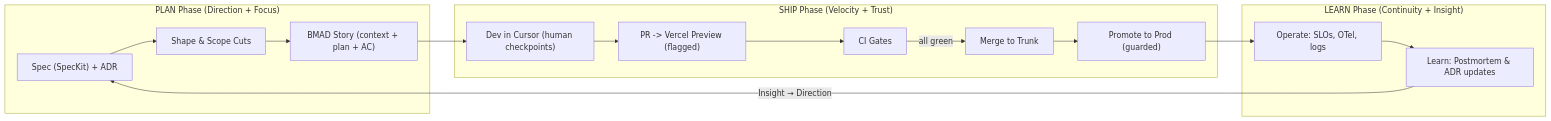
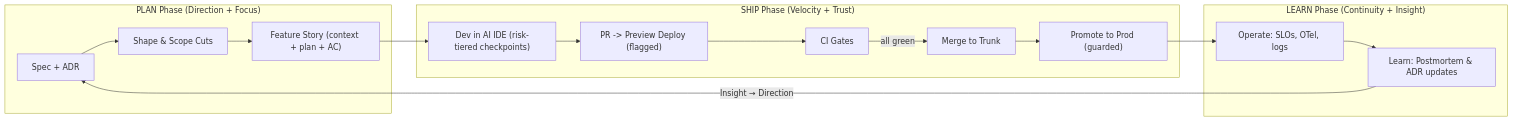
The diagram in docs/methodology/README.md (jamesryancooper/harmony), drawn with Mermaid before and after one commit. The commit also changed other lines of this file and 23 other files, not shown here.

````diff
--- a/docs/methodology/README.md
+++ b/docs/methodology/README.md
@@ -376,22 +380,22 @@
 ```mermaid
 flowchart LR
   subgraph PLAN ["PLAN Phase (Direction + Focus)"]
-    A["Spec (SpecKit) + ADR"] --> B[Shape & Scope Cuts]
-    B --> C["BMAD Story (context + plan + AC)"]
+    A["Spec + ADR"] --> B[Shape & Scope Cuts]
+    B --> C["Feature Story (context + plan + AC)"]
   end
   
   subgraph SHIP ["SHIP Phase (Velocity + Trust)"]
-    C --> D["Dev in Cursor (human checkpoints)"]
-    D --> E["PR -> Vercel Preview (flagged)"]
+    C --> D["Dev in AI IDE (risk-tiered checkpoints)"]
+    D --> E["PR -> Preview Deploy (flagged)"]
     E --> F[CI Gates]
     F -->|all green| G[Merge to Trunk]
     G --> H["Promote to Prod (guarded)"]
   end
   
   subgraph LEARN ["LEARN Phase (Continuity + Insight)"]
     H --> I[Operate: SLOs, OTel, logs]
     I --> J[Learn: Postmortem & ADR updates]
   end
   
   J -->|"Insight → Direction"| A
 ```
````
